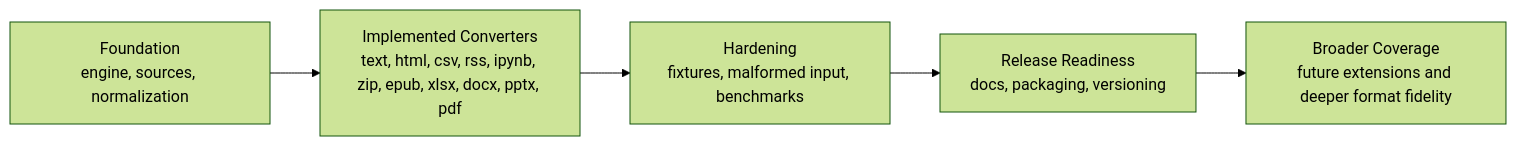
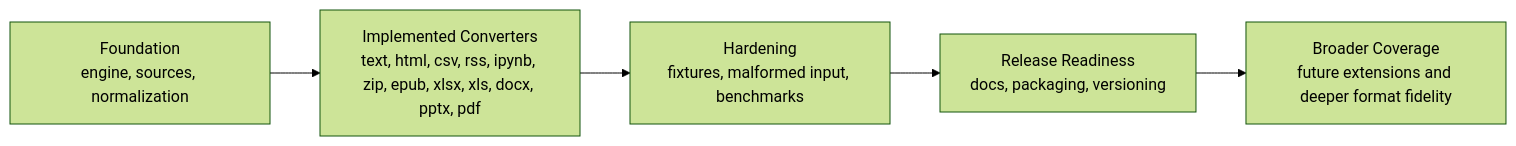
Before and after one commit to LynnColeArt/Inkbite: the second of 2 diagrams in README.md, drawn with Mermaid (forest theme). The commit also changed other lines of this file and 7 other files, not shown here.

````diff
--- a/README.md
+++ b/README.md
@@ -246,10 +247,10 @@
 ```mermaid
 flowchart LR
     A["Foundation<br/>engine, sources, normalization"]
-    B["Implemented Converters<br/>text, html, csv, rss, ipynb, zip, epub, xlsx, docx, pptx, pdf"]
+    B["Implemented Converters<br/>text, html, csv, rss, ipynb, zip, epub, xlsx, xls, docx, pptx, pdf"]
     C["Hardening<br/>fixtures, malformed input, benchmarks"]
     D["Release Readiness<br/>docs, packaging, versioning"]
     E["Broader Coverage<br/>future extensions and deeper format fidelity"]
 
     A --> B --> C --> D --> E
 ```
````
